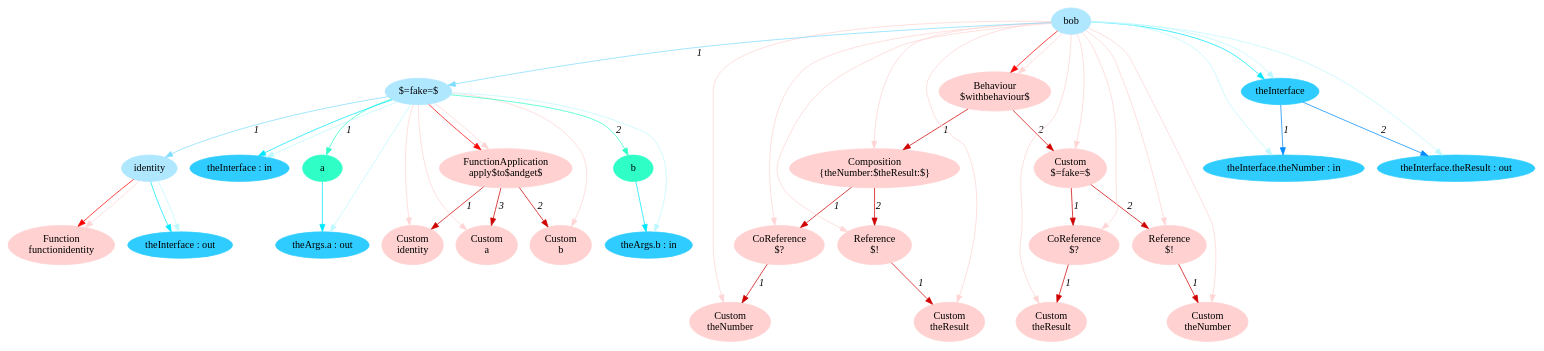
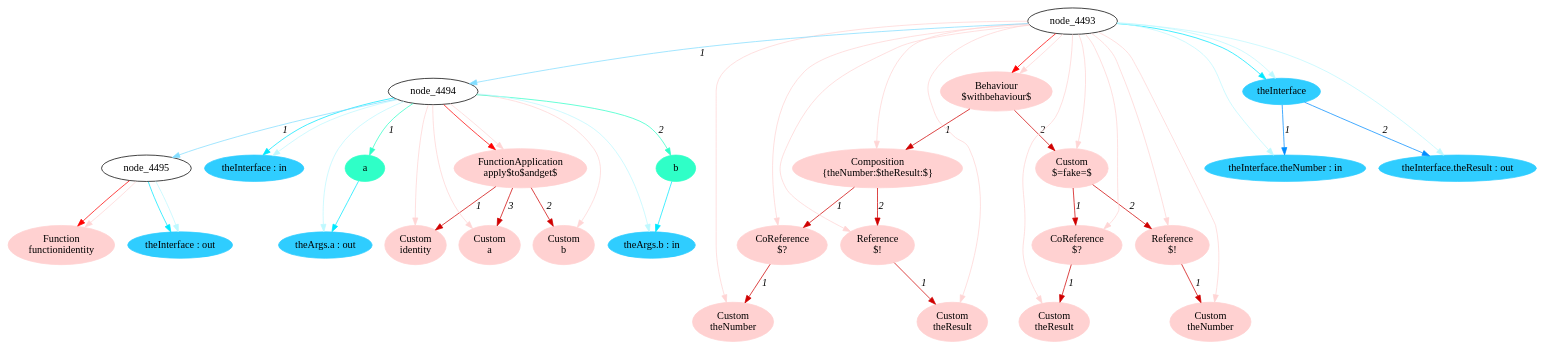
One commit to crubier/lidl changed the diagram in lidl-core/example/ok/fakeAffectation/dot/2addOperatorTypeAnnotation1.dot. Above: the diagram before and after it, drawn with Graphviz. The commit also changed 603 other files, not shown here.

```diff
--- a/lidl-core/example/ok/fakeAffectation/dot/2addOperatorTypeAnnotation1.dot
+++ b/lidl-core/example/ok/fakeAffectation/dot/2addOperatorTypeAnnotation1.dot
@@ -1,95 +1,92 @@
 digraph g{node_4499 [shape="ellipse", style="filled", color="#ffd1d1", fontname="Times", label="Function
 functionidentity" ]
 node_4516 [shape="ellipse", style="filled", color="#ffd1d1", fontname="Times", label="FunctionApplication
 apply$to$andget$" ]
 node_4518 [shape="ellipse", style="filled", color="#ffd1d1", fontname="Times", label="Custom
 identity" ]
 node_4520 [shape="ellipse", style="filled", color="#ffd1d1", fontname="Times", label="Custom
 b" ]
 node_4522 [shape="ellipse", style="filled", color="#ffd1d1", fontname="Times", label="Custom
 a" ]
 node_4538 [shape="ellipse", style="filled", color="#ffd1d1", fontname="Times", label="Behaviour
 $withbehaviour$" ]
 node_4540 [shape="ellipse", style="filled", color="#ffd1d1", fontname="Times", label="Composition
 {theNumber:$theResult:$}" ]
 node_4542 [shape="ellipse", style="filled", color="#ffd1d1", fontname="Times", label="CoReference
 $?" ]
 node_4544 [shape="ellipse", style="filled", color="#ffd1d1", fontname="Times", label="Custom
 theNumber" ]
 node_4547 [shape="ellipse", style="filled", color="#ffd1d1", fontname="Times", label="Reference
 $!" ]
 node_4549 [shape="ellipse", style="filled", color="#ffd1d1", fontname="Times", label="Custom
 theResult" ]
 node_4554 [shape="ellipse", style="filled", color="#ffd1d1", fontname="Times", label="Custom
 $=fake=$" ]
 node_4556 [shape="ellipse", style="filled", color="#ffd1d1", fontname="Times", label="CoReference
 $?" ]
 node_4558 [shape="ellipse", style="filled", color="#ffd1d1", fontname="Times", label="Custom
 theResult" ]
 node_4561 [shape="ellipse", style="filled", color="#ffd1d1", fontname="Times", label="Reference
 $!" ]
 node_4563 [shape="ellipse", style="filled", color="#ffd1d1", fontname="Times", label="Custom
 theNumber" ]
-node_4493 [shape="ellipse", style="filled", color="#afe7ff", fontname="Times", label="bob" ]
-node_4494 [shape="ellipse", style="filled", color="#afe7ff", fontname="Times", label="$=fake=$" ]
-node_4495 [shape="ellipse", style="filled", color="#afe7ff", fontname="Times", label="identity" ]
 node_4503 [shape="ellipse", style="filled", color="#2fffc7", fontname="Times", label="a" ]
 node_4507 [shape="ellipse", style="filled", color="#2fffc7", fontname="Times", label="b" ]
 node_4496 [shape="ellipse", style="filled", color="#2fcdff", fontname="Times", label="theInterface : out" ]
 node_4504 [shape="ellipse", style="filled", color="#2fcdff", fontname="Times", label="theArgs.a : out" ]
 node_4508 [shape="ellipse", style="filled", color="#2fcdff", fontname="Times", label="theArgs.b : in" ]
 node_4513 [shape="ellipse", style="filled", color="#2fcdff", fontname="Times", label="theInterface : in" ]
 node_4529 [shape="ellipse", style="filled", color="#2fcdff", fontname="Times", label="theInterface" ]
 node_4530 [shape="ellipse", style="filled", color="#2fcdff", fontname="Times", label="theInterface.theNumber : in" ]
 node_4532 [shape="ellipse", style="filled", color="#2fcdff", fontname="Times", label="theInterface.theResult : out" ]
 node_4516 -> node_4518 [dir=forward, arrowHead=normal, fontname="Times-Italic", arrowsize=1, color="#d00000", label="1",  headlabel="", taillabel="" ]
 node_4516 -> node_4520 [dir=forward, arrowHead=normal, fontname="Times-Italic", arrowsize=1, color="#d00000", label="2",  headlabel="", taillabel="" ]
 node_4516 -> node_4522 [dir=forward, arrowHead=normal, fontname="Times-Italic", arrowsize=1, color="#d00000", label="3",  headlabel="", taillabel="" ]
 node_4542 -> node_4544 [dir=forward, arrowHead=normal, fontname="Times-Italic", arrowsize=1, color="#d00000", label="1",  headlabel="", taillabel="" ]
 node_4547 -> node_4549 [dir=forward, arrowHead=normal, fontname="Times-Italic", arrowsize=1, color="#d00000", label="1",  headlabel="", taillabel="" ]
 node_4540 -> node_4542 [dir=forward, arrowHead=normal, fontname="Times-Italic", arrowsize=1, color="#d00000", label="1",  headlabel="", taillabel="" ]
 node_4540 -> node_4547 [dir=forward, arrowHead=normal, fontname="Times-Italic", arrowsize=1, color="#d00000", label="2",  headlabel="", taillabel="" ]
 node_4556 -> node_4558 [dir=forward, arrowHead=normal, fontname="Times-Italic", arrowsize=1, color="#d00000", label="1",  headlabel="", taillabel="" ]
 node_4561 -> node_4563 [dir=forward, arrowHead=normal, fontname="Times-Italic", arrowsize=1, color="#d00000", label="1",  headlabel="", taillabel="" ]
 node_4554 -> node_4556 [dir=forward, arrowHead=normal, fontname="Times-Italic", arrowsize=1, color="#d00000", label="1",  headlabel="", taillabel="" ]
 node_4554 -> node_4561 [dir=forward, arrowHead=normal, fontname="Times-Italic", arrowsize=1, color="#d00000", label="2",  headlabel="", taillabel="" ]
 node_4538 -> node_4540 [dir=forward, arrowHead=normal, fontname="Times-Italic", arrowsize=1, color="#d00000", label="1",  headlabel="", taillabel="" ]
 node_4538 -> node_4554 [dir=forward, arrowHead=normal, fontname="Times-Italic", arrowsize=1, color="#d00000", label="2",  headlabel="", taillabel="" ]
 node_4495 -> node_4499 [dir=forward, arrowHead=normal, fontname="Times-Italic", arrowsize=1, color="#ff0000", label="",  headlabel="", taillabel="" ]
 node_4494 -> node_4516 [dir=forward, arrowHead=normal, fontname="Times-Italic", arrowsize=1, color="#ff0000", label="",  headlabel="", taillabel="" ]
 node_4493 -> node_4538 [dir=forward, arrowHead=normal, fontname="Times-Italic", arrowsize=1, color="#ff0000", label="",  headlabel="", taillabel="" ]
 node_4495 -> node_4499 [dir=forward, arrowHead=normal, fontname="Times-Italic", arrowsize=1, color="#ffd5d5", label="",  headlabel="", taillabel="" ]
 node_4494 -> node_4516 [dir=forward, arrowHead=normal, fontname="Times-Italic", arrowsize=1, color="#ffd5d5", label="",  headlabel="", taillabel="" ]
 node_4494 -> node_4518 [dir=forward, arrowHead=normal, fontname="Times-Italic", arrowsize=1, color="#ffd5d5", label="",  headlabel="", taillabel="" ]
 node_4494 -> node_4520 [dir=forward, arrowHead=normal, fontname="Times-Italic", arrowsize=1, color="#ffd5d5", label="",  headlabel="", taillabel="" ]
 node_4494 -> node_4522 [dir=forward, arrowHead=normal, fontname="Times-Italic", arrowsize=1, color="#ffd5d5", label="",  headlabel="", taillabel="" ]
 node_4493 -> node_4538 [dir=forward, arrowHead=normal, fontname="Times-Italic", arrowsize=1, color="#ffd5d5", label="",  headlabel="", taillabel="" ]
 node_4493 -> node_4540 [dir=forward, arrowHead=normal, fontname="Times-Italic", arrowsize=1, color="#ffd5d5", label="",  headlabel="", taillabel="" ]
 node_4493 -> node_4542 [dir=forward, arrowHead=normal, fontname="Times-Italic", arrowsize=1, color="#ffd5d5", label="",  headlabel="", taillabel="" ]
 node_4493 -> node_4544 [dir=forward, arrowHead=normal, fontname="Times-Italic", arrowsize=1, color="#ffd5d5", label="",  headlabel="", taillabel="" ]
 node_4493 -> node_4547 [dir=forward, arrowHead=normal, fontname="Times-Italic", arrowsize=1, color="#ffd5d5", label="",  headlabel="", taillabel="" ]
 node_4493 -> node_4549 [dir=forward, arrowHead=normal, fontname="Times-Italic", arrowsize=1, color="#ffd5d5", label="",  headlabel="", taillabel="" ]
 node_4493 -> node_4554 [dir=forward, arrowHead=normal, fontname="Times-Italic", arrowsize=1, color="#ffd5d5", label="",  headlabel="", taillabel="" ]
 node_4493 -> node_4556 [dir=forward, arrowHead=normal, fontname="Times-Italic", arrowsize=1, color="#ffd5d5", label="",  headlabel="", taillabel="" ]
 node_4493 -> node_4558 [dir=forward, arrowHead=normal, fontname="Times-Italic", arrowsize=1, color="#ffd5d5", label="",  headlabel="", taillabel="" ]
 node_4493 -> node_4561 [dir=forward, arrowHead=normal, fontname="Times-Italic", arrowsize=1, color="#ffd5d5", label="",  headlabel="", taillabel="" ]
 node_4493 -> node_4563 [dir=forward, arrowHead=normal, fontname="Times-Italic", arrowsize=1, color="#ffd5d5", label="",  headlabel="", taillabel="" ]
 node_4494 -> node_4503 [dir=forward, arrowHead=normal, fontname="Times-Italic", arrowsize=1, color="#2fffc7", label="1",  headlabel="", taillabel="" ]
 node_4494 -> node_4507 [dir=forward, arrowHead=normal, fontname="Times-Italic", arrowsize=1, color="#2fffc7", label="2",  headlabel="", taillabel="" ]
 node_4503 -> node_4504 [dir=forward, arrowHead=normal, fontname="Times-Italic", arrowsize=1, color="#00e8ff", label="",  headlabel="", taillabel="" ]
 node_4507 -> node_4508 [dir=forward, arrowHead=normal, fontname="Times-Italic", arrowsize=1, color="#00e8ff", label="",  headlabel="", taillabel="" ]
 node_4495 -> node_4496 [dir=forward, arrowHead=normal, fontname="Times-Italic", arrowsize=1, color="#00e8ff", label="",  headlabel="", taillabel="" ]
 node_4494 -> node_4513 [dir=forward, arrowHead=normal, fontname="Times-Italic", arrowsize=1, color="#00e8ff", label="",  headlabel="", taillabel="" ]
 node_4493 -> node_4529 [dir=forward, arrowHead=normal, fontname="Times-Italic", arrowsize=1, color="#00e8ff", label="",  headlabel="", taillabel="" ]
 node_4495 -> node_4496 [dir=forward, arrowHead=normal, fontname="Times-Italic", arrowsize=1, color="#bef9ff", label="",  headlabel="", taillabel="" ]
 node_4494 -> node_4504 [dir=forward, arrowHead=normal, fontname="Times-Italic", arrowsize=1, color="#bef9ff", label="",  headlabel="", taillabel="" ]
 node_4494 -> node_4508 [dir=forward, arrowHead=normal, fontname="Times-Italic", arrowsize=1, color="#bef9ff", label="",  headlabel="", taillabel="" ]
 node_4494 -> node_4513 [dir=forward, arrowHead=normal, fontname="Times-Italic", arrowsize=1, color="#bef9ff", label="",  headlabel="", taillabel="" ]
 node_4493 -> node_4530 [dir=forward, arrowHead=normal, fontname="Times-Italic", arrowsize=1, color="#bef9ff", label="",  headlabel="", taillabel="" ]
 node_4493 -> node_4532 [dir=forward, arrowHead=normal, fontname="Times-Italic", arrowsize=1, color="#bef9ff", label="",  headlabel="", taillabel="" ]
 node_4493 -> node_4529 [dir=forward, arrowHead=normal, fontname="Times-Italic", arrowsize=1, color="#bef9ff", label="",  headlabel="", taillabel="" ]
 node_4529 -> node_4530 [dir=forward, arrowHead=normal, fontname="Times-Italic", arrowsize=1, color="#008cff", label="1",  headlabel="", taillabel="" ]
 node_4529 -> node_4532 [dir=forward, arrowHead=normal, fontname="Times-Italic", arrowsize=1, color="#008cff", label="2",  headlabel="", taillabel="" ]
 node_4494 -> node_4495 [dir=forward, arrowHead=normal, fontname="Times-Italic", arrowsize=1, color="#81ddff", label="1",  headlabel="", taillabel="" ]
 node_4493 -> node_4494 [dir=forward, arrowHead=normal, fontname="Times-Italic", arrowsize=1, color="#81ddff", label="1",  headlabel="", taillabel="" ]
 }
```
